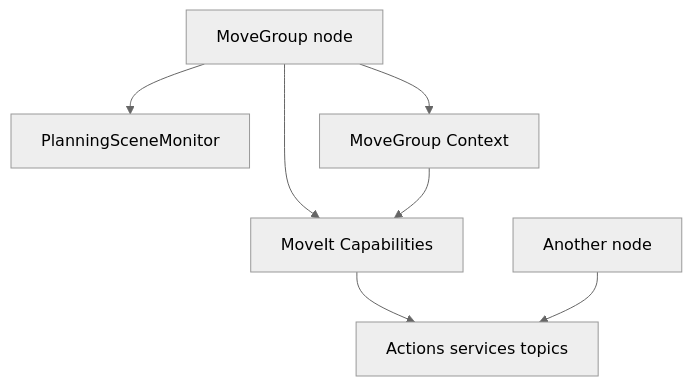
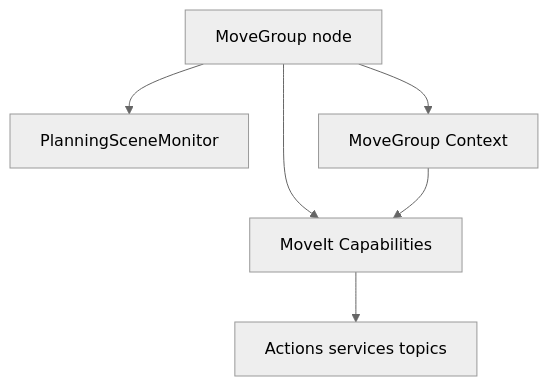
Before and after one commit to rafaelrojasmiliani/moveit_tutorial: the first of 2 diagrams in 08_movegroup_anatomy/readme.md, drawn with Mermaid (neutral theme). The commit also changed 5 other files, not shown here.

````diff
--- a/08_movegroup_anatomy/readme.md
+++ b/08_movegroup_anatomy/readme.md
@@ -10,9 +10,8 @@
 ```mermaid
 graph TB;
     MG[MoveGroup node] --> PSM[PlanningSceneMonitor];
     MG --> MC[MoveIt Capabilities];
     MC --> AST[Actions services topics];
     MG --> MGC[MoveGroup Context];
     MGC --> MC;
-    SN[Another node] -->AST;
 ```
````
